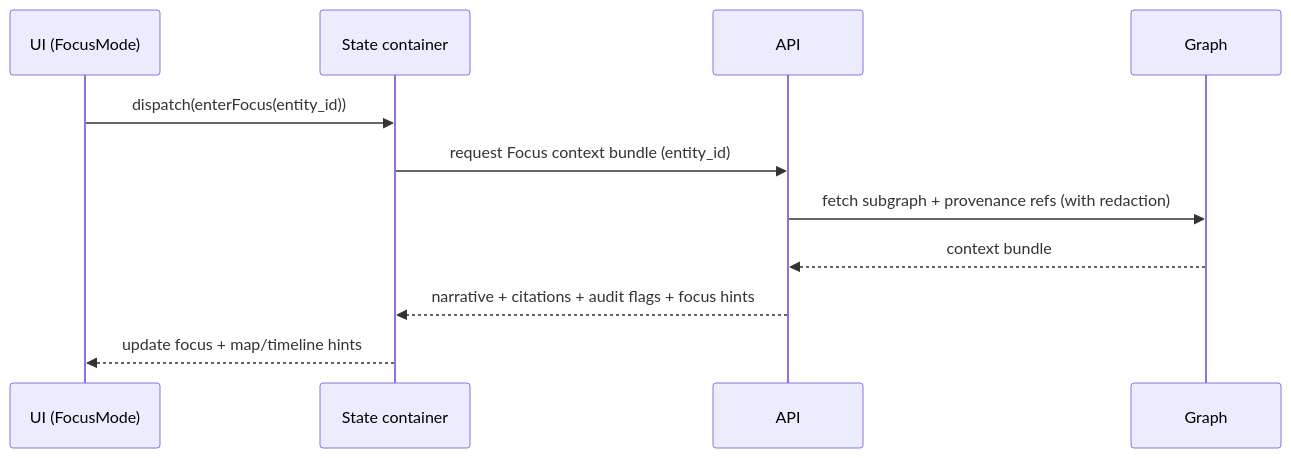
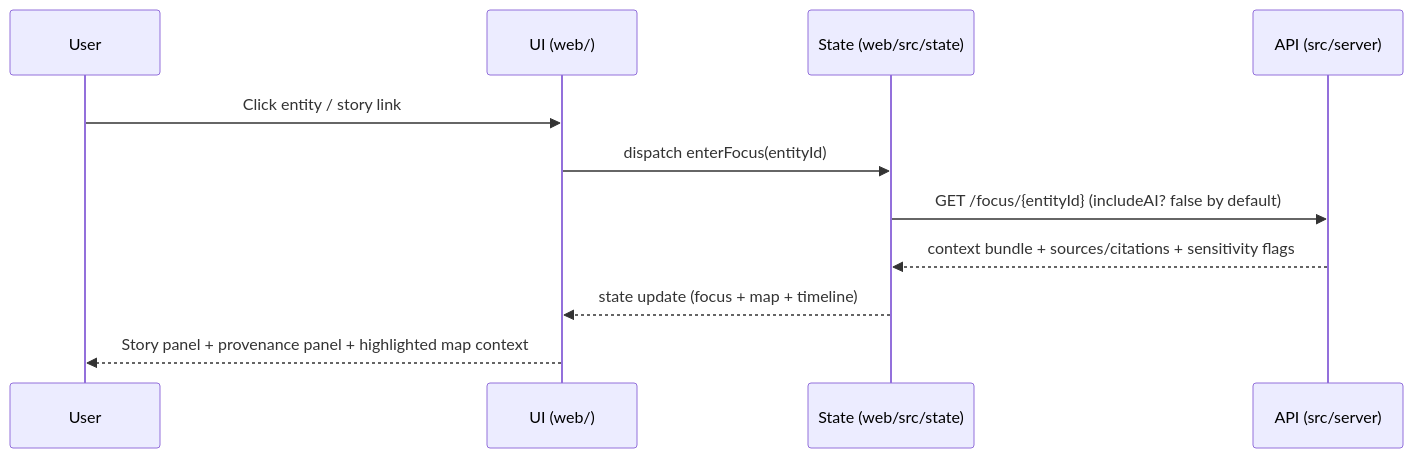
The second of 2 diagrams in web/src/state/README.md (bartytime4life/Kansas-Frontier-Matrix), drawn with Mermaid before and after one commit. The commit also changed other lines of this file, not shown here.

First line of the commit message:
Revise README for KFM web/src/state

```diff
--- a/web/src/state/README.md
+++ b/web/src/state/README.md
@@ -176,14 +224,14 @@
 ~~~mermaid
 sequenceDiagram
-  participant UI as UI (FocusMode)
-  participant State as State container
-  participant API as API
-  participant Graph as Graph
+  participant User
+  participant UI as UI (web/)
+  participant Store as State (web/src/state)
+  participant API as API (src/server)
 
-  UI->>State: dispatch(enterFocus(entity_id))
-  State->>API: request Focus context bundle (entity_id)
-  API->>Graph: fetch subgraph + provenance refs (with redaction)
-  Graph-->>API: context bundle
-  API-->>State: narrative + citations + audit flags + focus hints
-  State-->>UI: update focus + map/timeline hints
+  User->>UI: Click entity / story link
+  UI->>Store: dispatch enterFocus(entityId)
+  Store->>API: GET /focus/{entityId} (includeAI? false by default)
+  API-->>Store: context bundle + sources/citations + sensitivity flags
+  Store-->>UI: state update (focus + map + timeline)
+  UI-->>User: Story panel + provenance panel + highlighted map context
 ~~~
```
